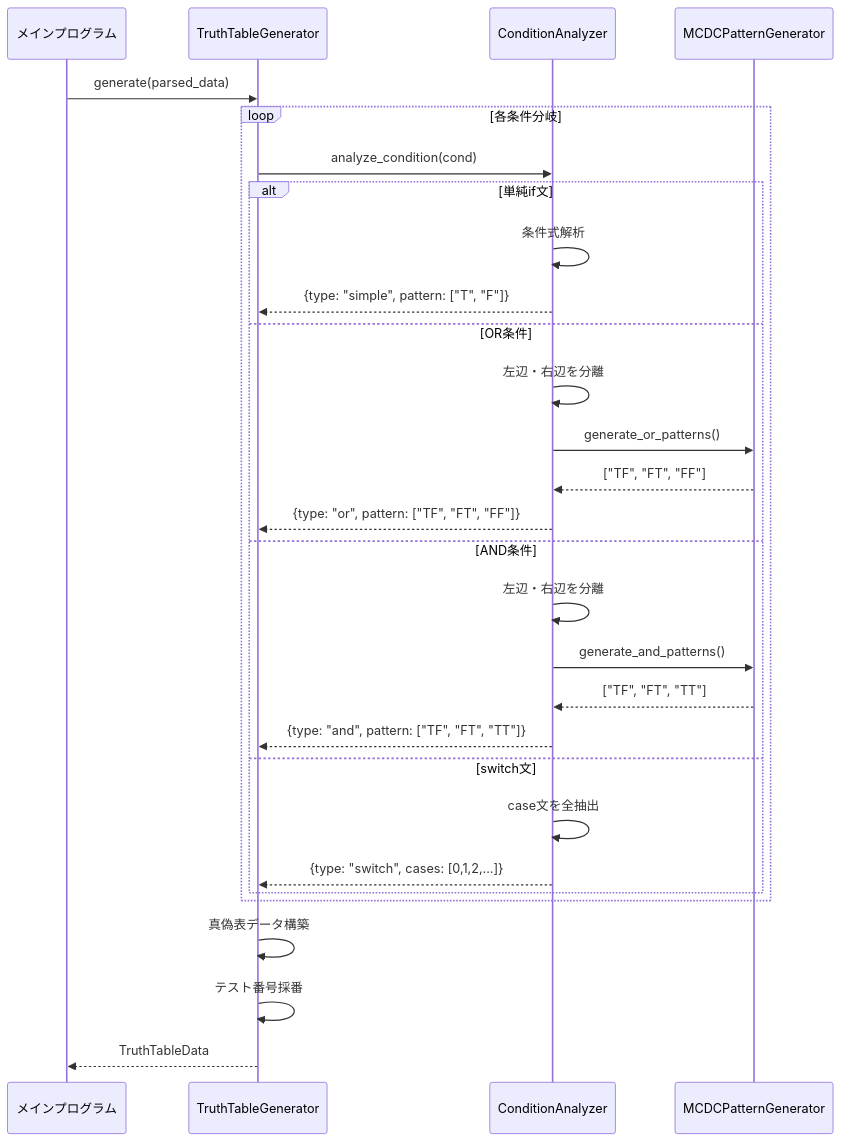
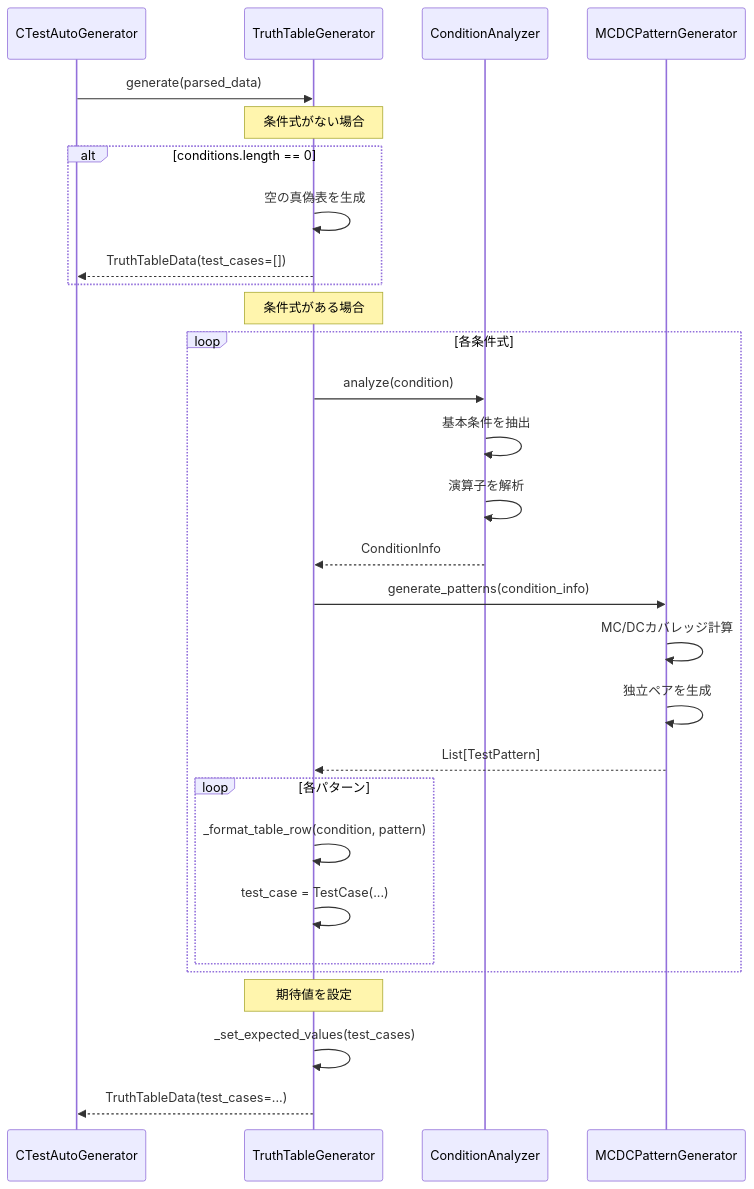
One commit to ryu5791/AutoUniTestGen changed the fourth of 9 diagrams in doc/design_sequence_diagram.md. Above: the diagram before and after it, drawn with Mermaid. The commit also changed other lines of this file and 1 other file, not shown here.

Commit message:
v3.5.1(シーケンス図変更)

````diff
--- a/doc/design_sequence_diagram.md
+++ b/doc/design_sequence_diagram.md
@@ -99,35 +247,38 @@
 ```mermaid
 sequenceDiagram
-    participant Main as メインプログラム
+    participant Main as CTestAutoGenerator
     participant TruthGen as TruthTableGenerator
     participant CondAnalyzer as ConditionAnalyzer
     participant MCDCGen as MCDCPatternGenerator
 
     Main->>TruthGen: generate(parsed_data)
     
-    loop 各条件分岐
-        TruthGen->>CondAnalyzer: analyze_condition(cond)
+    Note over TruthGen: 条件式がない場合
+    alt conditions.length == 0
+        TruthGen->>TruthGen: 空の真偽表を生成
+        TruthGen-->>Main: TruthTableData(test_cases=[])
+    end
+    
+    Note over TruthGen: 条件式がある場合
+    loop 各条件式
+        TruthGen->>CondAnalyzer: analyze(condition)
+        CondAnalyzer->>CondAnalyzer: 基本条件を抽出
+        CondAnalyzer->>CondAnalyzer: 演算子を解析
+        CondAnalyzer-->>TruthGen: ConditionInfo
         
-        alt 単純if文
-            CondAnalyzer->>CondAnalyzer: 条件式解析
-            CondAnalyzer-->>TruthGen: {type: "simple", pattern: ["T", "F"]}
-        else OR条件
-            CondAnalyzer->>CondAnalyzer: 左辺・右辺を分離
-            CondAnalyzer->>MCDCGen: generate_or_patterns()
-            MCDCGen-->>CondAnalyzer: ["TF", "FT", "FF"]
-            CondAnalyzer-->>TruthGen: {type: "or", pattern: ["TF", "FT", "FF"]}
-        else AND条件
-            CondAnalyzer->>CondAnalyzer: 左辺・右辺を分離
-            CondAnalyzer->>MCDCGen: generate_and_patterns()
-            MCDCGen-->>CondAnalyzer: ["TF", "FT", "TT"]
-            CondAnalyzer-->>TruthGen: {type: "and", pattern: ["TF", "FT", "TT"]}
-        else switch文
-            CondAnalyzer->>CondAnalyzer: case文を全抽出
-            CondAnalyzer-->>TruthGen: {type: "switch", cases: [0,1,2,...]}
+        TruthGen->>MCDCGen: generate_patterns(condition_info)
+        MCDCGen->>MCDCGen: MC/DCカバレッジ計算
+        MCDCGen->>MCDCGen: 独立ペアを生成
+        MCDCGen-->>TruthGen: List[TestPattern]
+        
+        loop 各パターン
+            TruthGen->>TruthGen: _format_table_row(condition, pattern)
+            TruthGen->>TruthGen: test_case = TestCase(...)
         end
     end
     
-    TruthGen->>TruthGen: 真偽表データ構築
-    TruthGen->>TruthGen: テスト番号採番
-    TruthGen-->>Main: TruthTableData
+    Note over TruthGen: 期待値を設定
+    TruthGen->>TruthGen: _set_expected_values(test_cases)
+    
+    TruthGen-->>Main: TruthTableData(test_cases=...)
 ```
````
